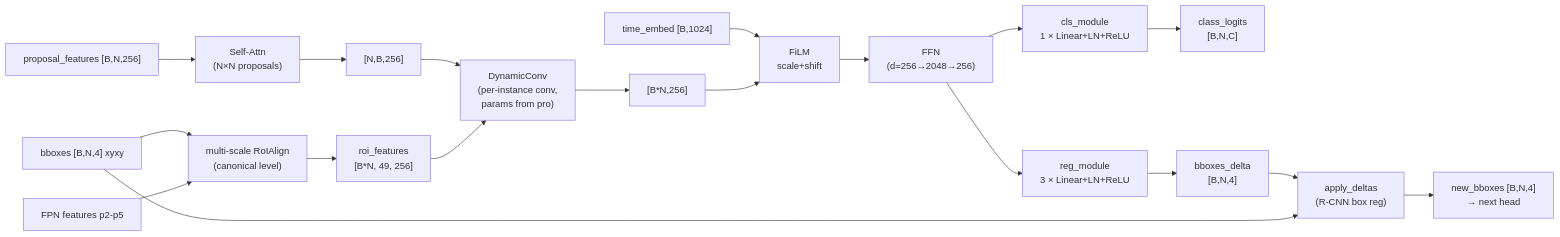
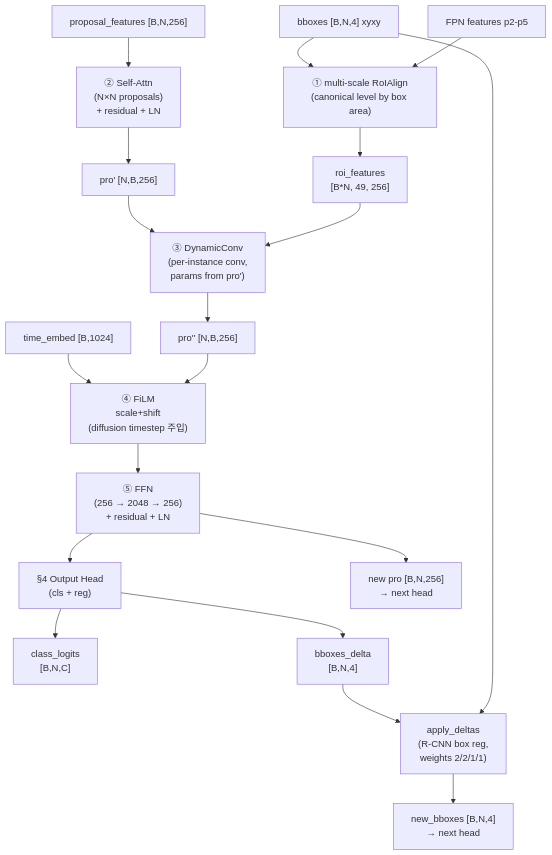
The third of 8 diagrams in models/README.md (csm-kr/fm-det-analysis), drawn with Mermaid before and after one commit. The commit also changed other lines of this file, not shown here.

````diff
--- a/models/README.md
+++ b/models/README.md
@@ -31,26 +66,26 @@
 ```mermaid
-flowchart LR
+flowchart TB
     boxes["bboxes [B,N,4] xyxy"] --> roi
-    feat["FPN features p2-p5"] --> roi["multi-scale RoIAlign<br/>(canonical level)"]
+    feat["FPN features p2-p5"] --> roi["① multi-scale RoIAlign<br/>(canonical level by box area)"]
     roi --> roifeat["roi_features<br/>[B*N, 49, 256]"]
 
-    pro["proposal_features [B,N,256]"] --> sa["Self-Attn<br/>(N×N proposals)"]
-    sa --> sao["[N,B,256]"]
+    pro["proposal_features [B,N,256]"] --> sa["② Self-Attn<br/>(N×N proposals)<br/>+ residual + LN"]
+    sa --> sao["pro' [N,B,256]"]
 
-    sao --> dyn["DynamicConv<br/>(per-instance conv,<br/>params from pro)"]
+    sao --> dyn["③ DynamicConv<br/>(per-instance conv,<br/>params from pro')"]
     roifeat --> dyn
-    dyn --> dyno["[B*N,256]"]
+    dyn --> dyno["pro'' [N,B,256]"]
 
-    tembed["time_embed [B,1024]"] --> film["FiLM<br/>scale+shift"]
+    tembed["time_embed [B,1024]"] --> film["④ FiLM<br/>scale+shift<br/>(diffusion timestep 주입)"]
     dyno --> film
-    film --> ffn["FFN<br/>(d=256→2048→256)"]
+    film --> ffn["⑤ FFN<br/>(256 → 2048 → 256)<br/>+ residual + LN"]
 
-    ffn --> clsm["cls_module<br/>1 × Linear+LN+ReLU"]
-    ffn --> regm["reg_module<br/>3 × Linear+LN+ReLU"]
-    clsm --> cls["class_logits<br/>[B,N,C]"]
-    regm --> deltap["bboxes_delta<br/>[B,N,4]"]
+    ffn --> outhead["§4 Output Head<br/>(cls + reg)"]
+    outhead --> cls["class_logits<br/>[B,N,C]"]
+    outhead --> deltap["bboxes_delta<br/>[B,N,4]"]
 
-    deltap --> apply["apply_deltas<br/>(R-CNN box reg)"]
+    deltap --> apply["apply_deltas<br/>(R-CNN box reg,<br/>weights 2/2/1/1)"]
     boxes --> apply
     apply --> nb["new_bboxes [B,N,4]<br/>→ next head"]
+    ffn --> npro["new pro [B,N,256]<br/>→ next head"]
 ```
````
